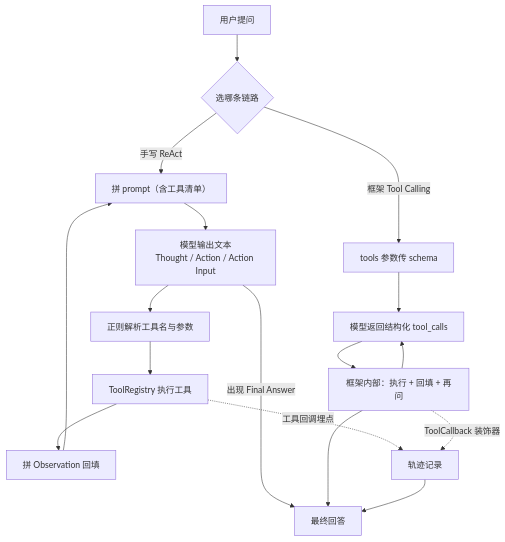
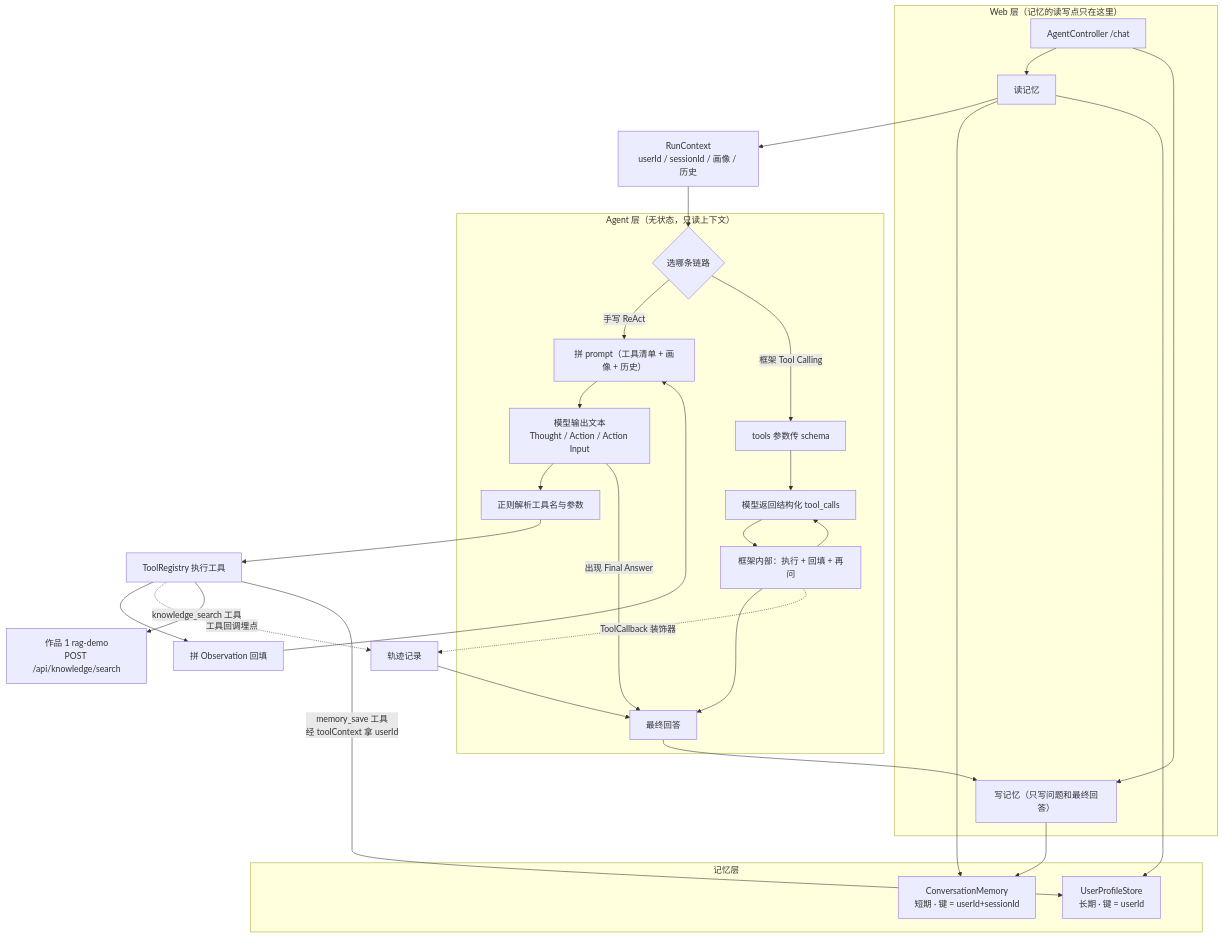
Before and after one commit to yzf-king/agent-demo: the diagram in README.md, drawn with Mermaid. The commit also changed other lines of this file and 13 other files, not shown here.

````diff
--- a/README.md
+++ b/README.md
@@ -30,19 +36,41 @@
 ```mermaid
 flowchart TB
-    Q["用户提问"] --> A{"选哪条链路"}
-    A -->|手写 ReAct| R1["拼 prompt（含工具清单）"]
-    R1 --> M1["模型输出文本<br/>Thought / Action / Action Input"]
-    M1 --> P["正则解析工具名与参数"]
+    subgraph WEB["Web 层（记忆的读写点只在这里）"]
+        C["AgentController /chat"] --> RD["读记忆"]
+        C --> WR["写记忆（只写问题和最终回答）"]
+    end
+    RD --> CTX["RunContext<br/>userId / sessionId / 画像 / 历史"]
+
+    subgraph AG["Agent 层（无状态，只读上下文）"]
+        A{"选哪条链路"}
+        A -->|手写 ReAct| R1["拼 prompt（工具清单 + 画像 + 历史）"]
+        R1 --> M1["模型输出文本<br/>Thought / Action / Action Input"]
+        M1 --> P["正则解析工具名与参数"]
+        M1 -->|出现 Final Answer| F["最终回答"]
+        A -->|框架 Tool Calling| R2["tools 参数传 schema"]
+        R2 --> M2["模型返回结构化 tool_calls"]
+        M2 --> F2["框架内部：执行 + 回填 + 再问"]
+        F2 --> M2
+        F2 --> F
+    end
+
+    CTX --> A
     P --> T1["ToolRegistry 执行工具"]
     T1 --> O1["拼 Observation 回填"]
     O1 --> R1
-    M1 -->|出现 Final Answer| F["最终回答"]
-    A -->|框架 Tool Calling| R2["tools 参数传 schema"]
-    R2 --> M2["模型返回结构化 tool_calls"]
-    M2 --> F2["框架内部：执行 + 回填 + 再问"]
-    F2 --> M2
-    F2 --> F
-    T1 -.->|工具回调埋点| TR["轨迹记录"]
-    F2 -.->|ToolCallback 装饰器| TR
+    F2 -.->|ToolCallback 装饰器| TR["轨迹记录"]
+    T1 -.->|工具回调埋点| TR
     TR --> F
+    F --> WR
+
+    subgraph MEM["记忆层"]
+        M_S["ConversationMemory<br/>短期 · 键 = userId+sessionId"]
+        M_L["UserProfileStore<br/>长期 · 键 = userId"]
+    end
+    RD --> M_S
+    RD --> M_L
+    WR --> M_S
+
+    T1 -->|"knowledge_search 工具"| RAG["作品 1 rag-demo<br/>POST /api/knowledge/search"]
+    T1 -->|"memory_save 工具<br/>经 toolContext 拿 userId"| M_L
 ```
````
